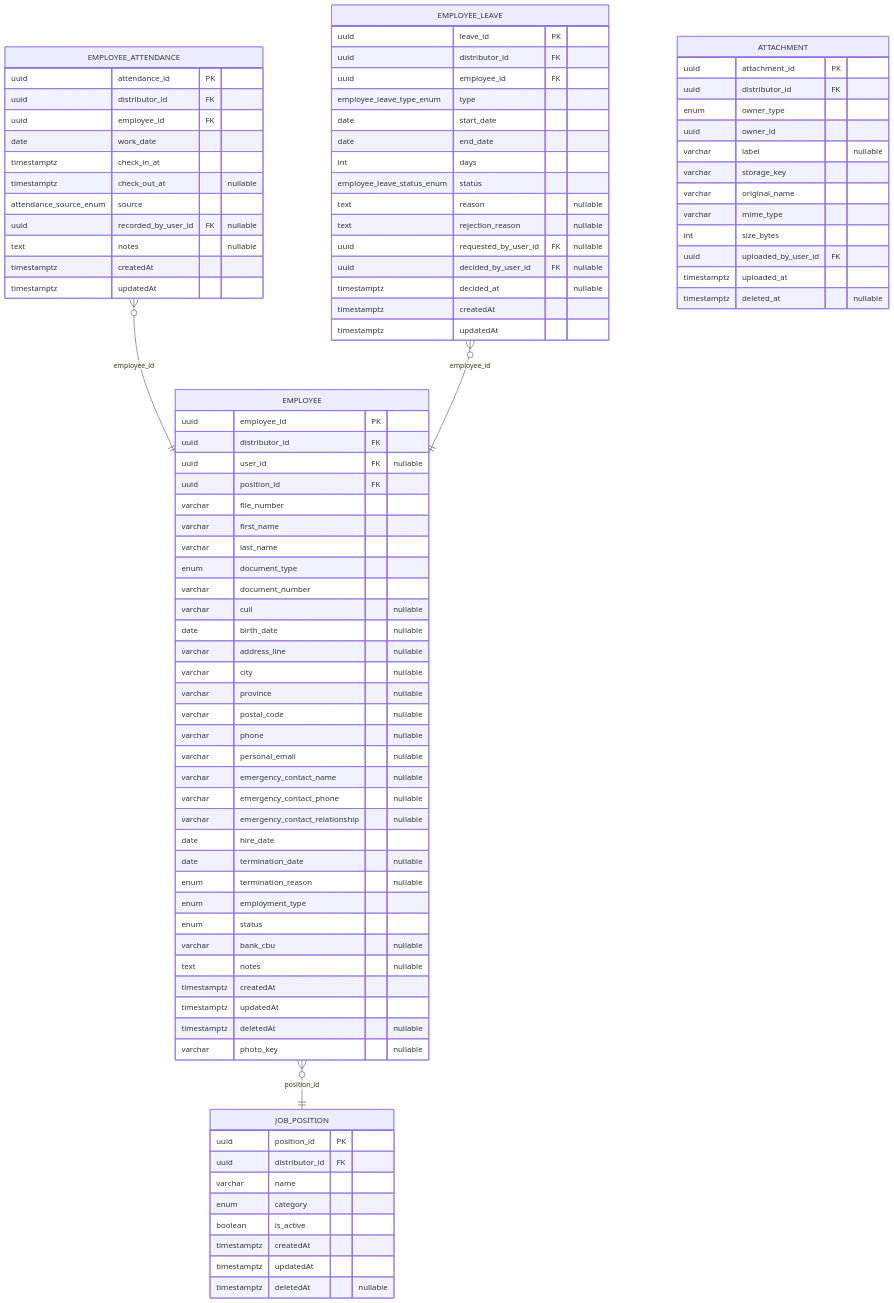
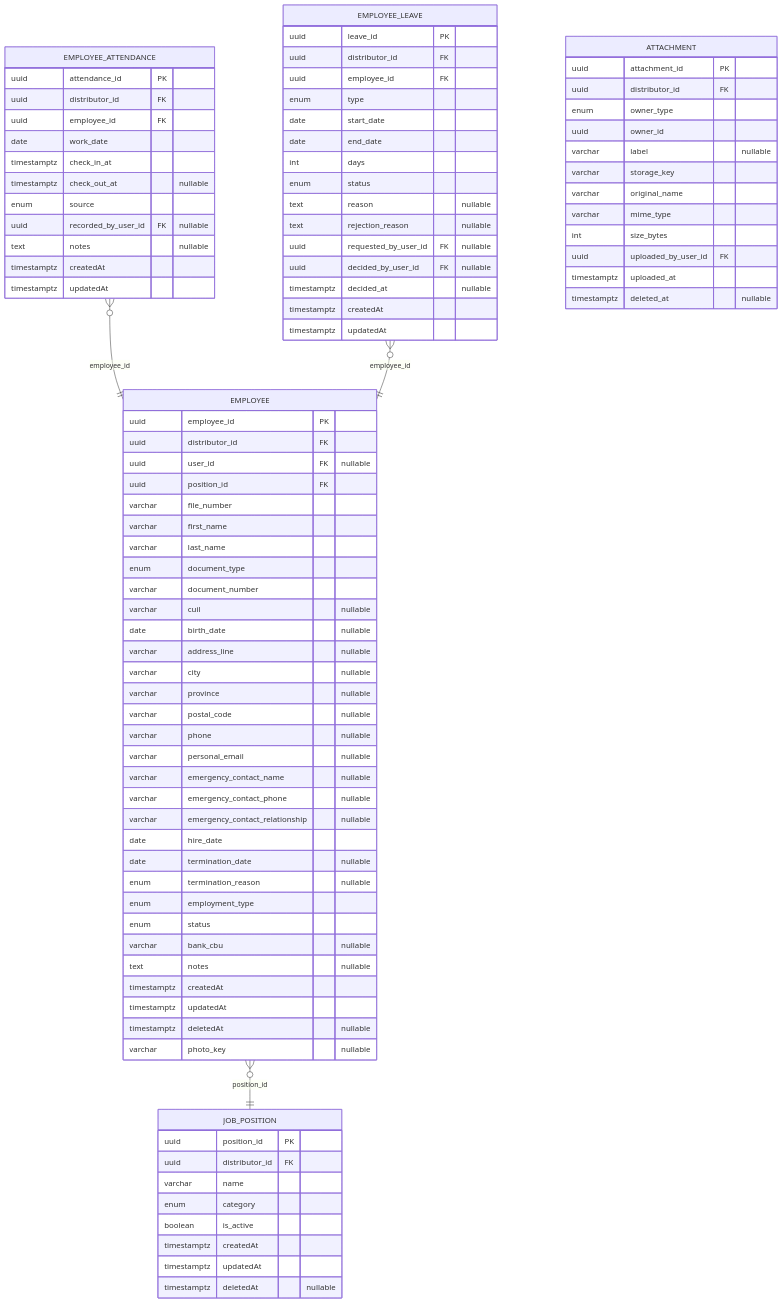
Before and after one commit to Nahuelito-Dev/splg-docs: the ninth of 15 diagrams in diagramas/base-de-datos/SPLG-der-mermaid.md, drawn with Mermaid. The commit also changed other lines of this file and 432 other files, not shown here.

```diff
--- a/diagramas/base-de-datos/SPLG-der-mermaid.md
+++ b/diagramas/base-de-datos/SPLG-der-mermaid.md
@@ -697,7 +724,7 @@
         date work_date
         timestamptz check_in_at
         timestamptz check_out_at "nullable"
-        attendance_source_enum source
+        enum source
         uuid recorded_by_user_id FK "nullable"
         text notes "nullable"
         timestamptz createdAt
@@ -707,11 +734,11 @@
         uuid leave_id PK
         uuid distributor_id FK
         uuid employee_id FK
-        employee_leave_type_enum type
+        enum type
         date start_date
         date end_date
         int days
-        employee_leave_status_enum status
+        enum status
         text reason "nullable"
         text rejection_reason "nullable"
         uuid requested_by_user_id FK "nullable"
```
